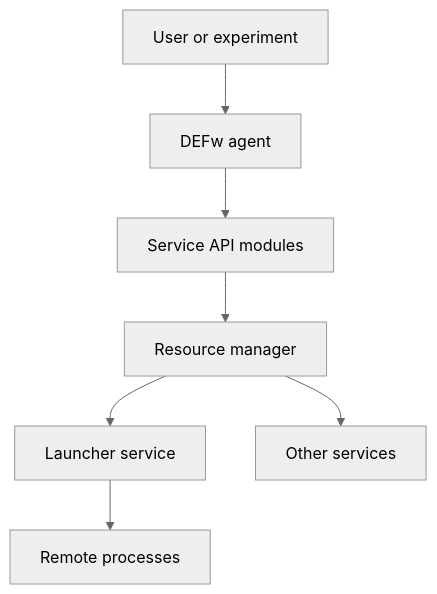
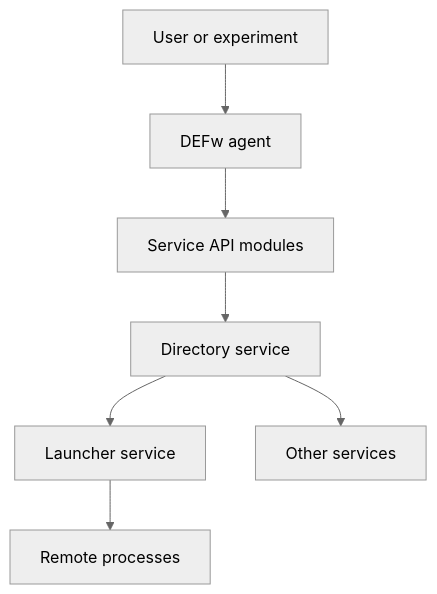
Before and after one commit to openQSE/DEFw: the first of 2 diagrams in README.md, drawn with Mermaid (neutral theme). The commit also changed other lines of this file and 3 other files, not shown here.

````diff
--- a/README.md
+++ b/README.md
@@ -21,9 +21,9 @@
 ```mermaid
 flowchart TD
     User[User or experiment] --> Agent[DEFw agent]
     Agent --> API[Service API modules]
-    API --> ResMgr[Resource manager]
-    ResMgr --> Launcher[Launcher service]
-    ResMgr --> Other[Other services]
+    API --> DirSvc[Directory service]
+    DirSvc --> Launcher[Launcher service]
+    DirSvc --> Other[Other services]
     Launcher --> Remote[Remote processes]
 ```
````
